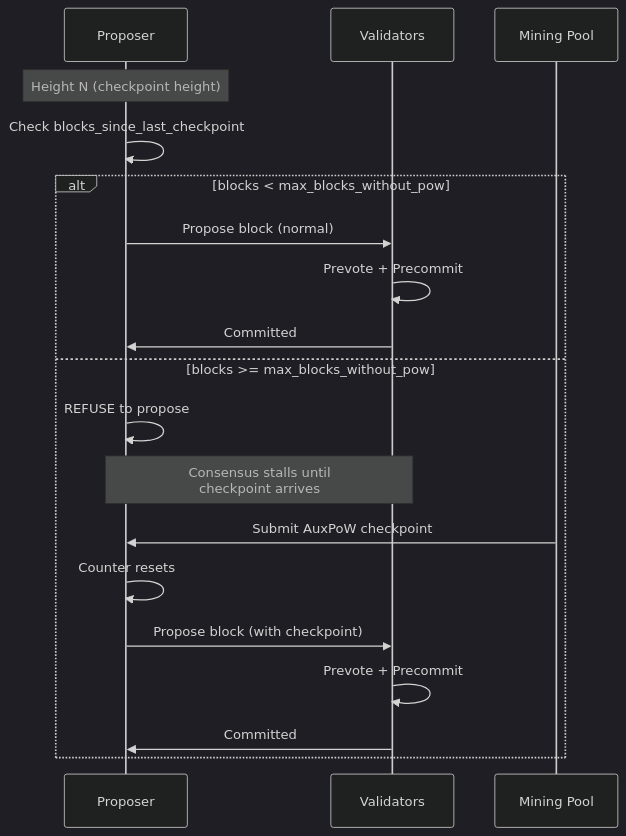
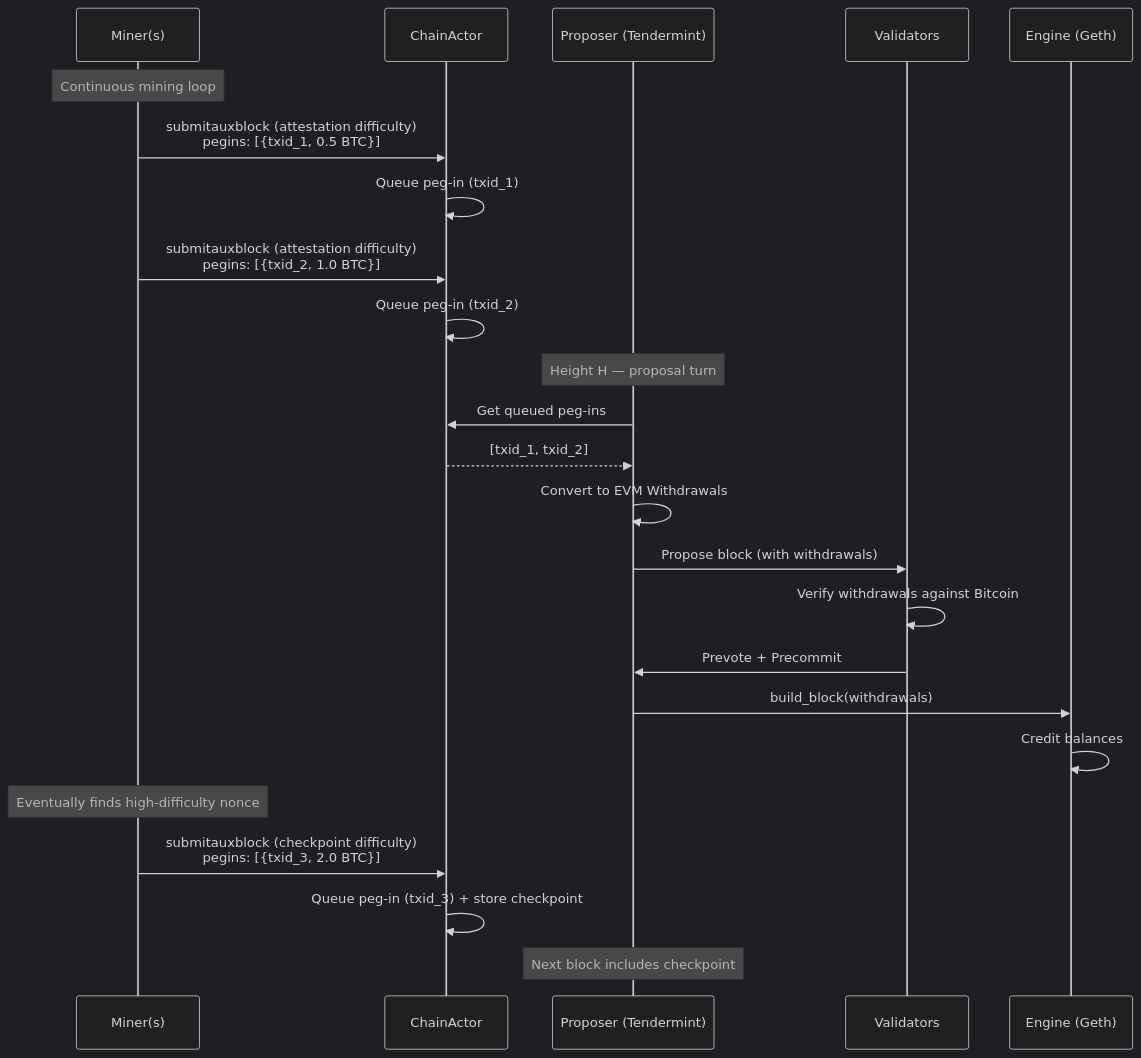
The second of 8 diagrams in docs/v2_alpha/tendermint_implementation/16_AUXPOW_TENDERMINT_INTEGRATION.md (AnduroProject/alys), drawn with Mermaid (dark theme) before and after one commit. The commit also changed other lines of this file and 4 other files, not shown here.

First line of the commit message:
feat(docs): add governance parameters framework and miner peg-in compensation

````diff
--- a/docs/v2_alpha/tendermint_implementation/16_AUXPOW_TENDERMINT_INTEGRATION.md
+++ b/docs/v2_alpha/tendermint_implementation/16_AUXPOW_TENDERMINT_INTEGRATION.md
@@ -37,22 +371,34 @@
 ```mermaid
 sequenceDiagram
-    participant P as Proposer
+    participant M as Miner(s)
+    participant C as ChainActor
+    participant P as Proposer (Tendermint)
     participant V as Validators
-    participant M as Mining Pool
+    participant E as Engine (Geth)
 
-    Note over P: Height N (checkpoint height)
-    P->>P: Check blocks_since_last_checkpoint
-    alt blocks < max_blocks_without_pow
-        P->>V: Propose block (normal)
-        V->>V: Prevote + Precommit
-        V->>P: Committed
-    else blocks >= max_blocks_without_pow
-        P->>P: REFUSE to propose
-        Note over P,V: Consensus stalls until<br/>checkpoint arrives
-        M->>P: Submit AuxPoW checkpoint
-        P->>P: Counter resets
-        P->>V: Propose block (with checkpoint)
-        V->>V: Prevote + Precommit
-        V->>P: Committed
-    end
+    Note over M: Continuous mining loop
+
+    M->>C: submitauxblock (attestation difficulty)<br/>pegins: [{txid_1, 0.5 BTC}]
+    C->>C: Queue peg-in (txid_1)
+
+    M->>C: submitauxblock (attestation difficulty)<br/>pegins: [{txid_2, 1.0 BTC}]
+    C->>C: Queue peg-in (txid_2)
+
+    Note over P: Height H — proposal turn
+
+    P->>C: Get queued peg-ins
+    C-->>P: [txid_1, txid_2]
+    P->>P: Convert to EVM Withdrawals
+    P->>V: Propose block (with withdrawals)
+    V->>V: Verify withdrawals against Bitcoin
+    V->>P: Prevote + Precommit
+    P->>E: build_block(withdrawals)
+    E->>E: Credit balances
+
+    Note over M: Eventually finds high-difficulty nonce
+
+    M->>C: submitauxblock (checkpoint difficulty)<br/>pegins: [{txid_3, 2.0 BTC}]
+    C->>C: Queue peg-in (txid_3) + store checkpoint
+
+    Note over P: Next block includes checkpoint
 ```
````
